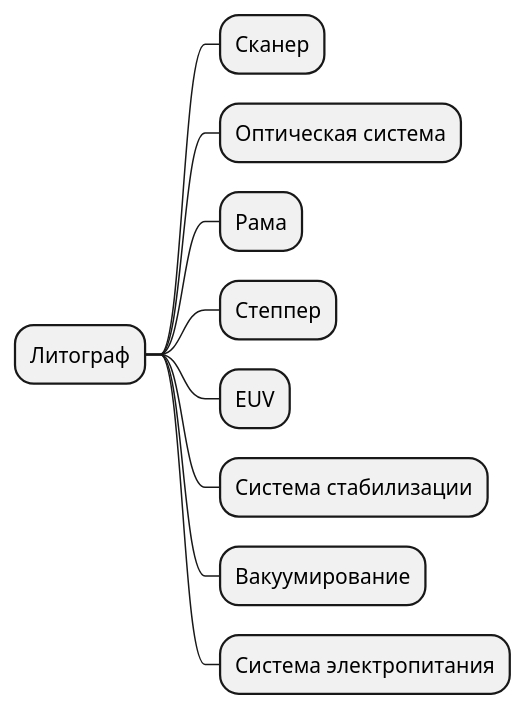
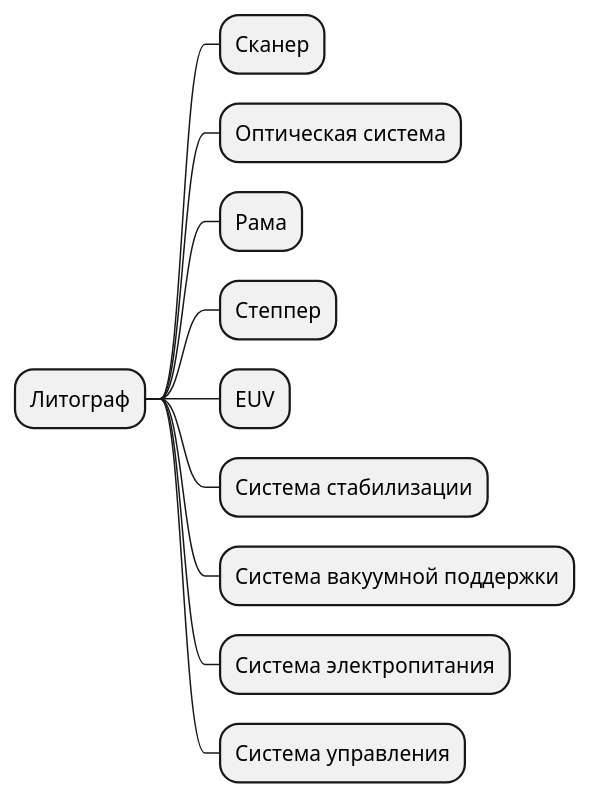
One commit to TsarS/lithograph changed the diagram in assets/general.pu. Above: the diagram before and after it, drawn with PlantUML. The commit also changed 6 other files, not shown here.

```diff
--- a/assets/general.pu
+++ b/assets/general.pu
@@ -1,11 +1,12 @@
 @startmindmap
 * Литограф
 ** Сканер
 ** Оптическая система
 ** Рама
 ** Степпер
 ** EUV
 ** Система стабилизации
-** Вакуумирование
+** Система вакуумной поддержки
 ** Система электропитания
+** Система управления
 @endmindmap
```
